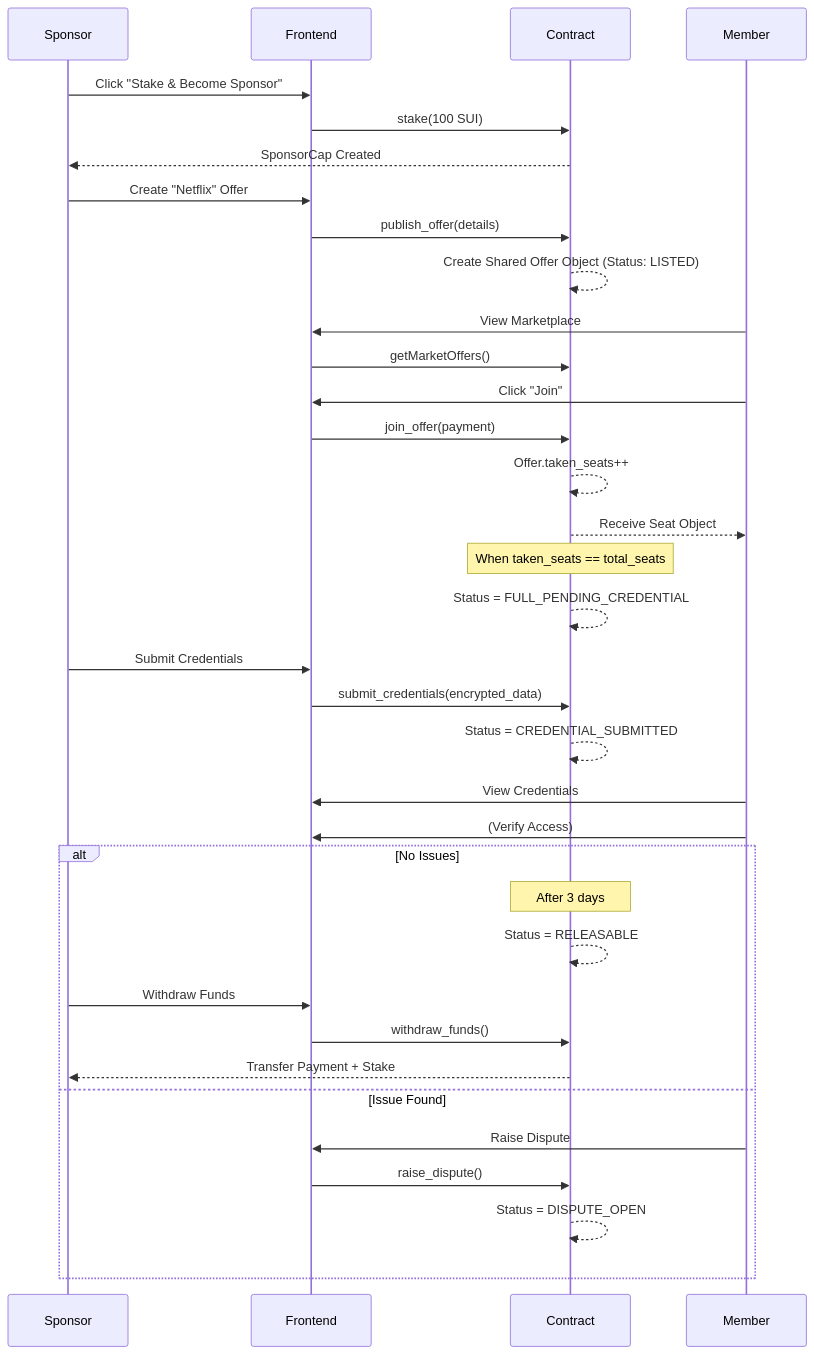
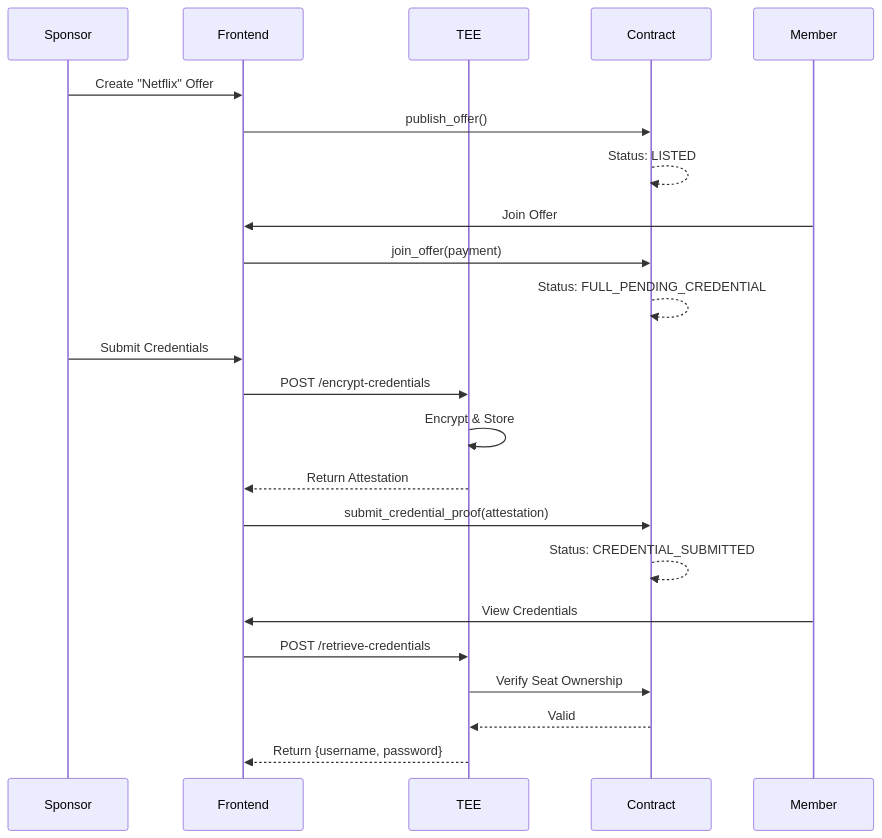
One commit to Easycoder-lin/CHU changed the first of 2 diagrams in apps/frontend/API_REQUIREMENTS.md. Above: the diagram before and after it, drawn with Mermaid. The commit also changed other lines of this file, not shown here.

````diff
--- a/apps/frontend/API_REQUIREMENTS.md
+++ b/apps/frontend/API_REQUIREMENTS.md
@@ -118,47 +170,33 @@
 ```mermaid
 sequenceDiagram
     participant Sponsor
     participant Frontend
+    participant TEE
     participant Contract
     participant Member
 
     %% Sponsor Flow
-    Sponsor->>Frontend: Click "Stake & Become Sponsor"
-    Frontend->>Contract: stake(100 SUI)
-    Contract-->>Sponsor: SponsorCap Created
-    
     Sponsor->>Frontend: Create "Netflix" Offer
-    Frontend->>Contract: publish_offer(details)
-    Contract-->>Contract: Create Shared Offer Object (Status: LISTED)
+    Frontend->>Contract: publish_offer()
+    Contract-->>Contract: Status: LISTED
 
     %% Member Flow
-    Member->>Frontend: View Marketplace
-    Frontend->>Contract: getMarketOffers()
-    Member->>Frontend: Click "Join"
+    Member->>Frontend: Join Offer
     Frontend->>Contract: join_offer(payment)
-    Contract-->>Contract: Offer.taken_seats++
-    Contract-->>Member: Receive Seat Object
+    Contract-->>Contract: Status: FULL_PENDING_CREDENTIAL
 
-    %% Fulfillment
-    Note over Contract: When taken_seats == total_seats
-    Contract-->>Contract: Status = FULL_PENDING_CREDENTIAL
-    
+    %% Credential Flow (TEE)
     Sponsor->>Frontend: Submit Credentials
-    Frontend->>Contract: submit_credentials(encrypted_data)
-    Contract-->>Contract: Status = CREDENTIAL_SUBMITTED
-    
+    Frontend->>TEE: POST /encrypt-credentials
+    TEE->>TEE: Encrypt & Store
+    TEE-->>Frontend: Return Attestation
+    Frontend->>Contract: submit_credential_proof(attestation)
+    Contract-->>Contract: Status: CREDENTIAL_SUBMITTED
+
+    %% Member Retrieval
     Member->>Frontend: View Credentials
-    Member->>Frontend: (Verify Access)
-    
-    alt No Issues
-        Note over Contract: After 3 days
-        Contract-->>Contract: Status = RELEASABLE
-        Sponsor->>Frontend: Withdraw Funds
-        Frontend->>Contract: withdraw_funds()
-        Contract-->>Sponsor: Transfer Payment + Stake
-    else Issue Found
-        Member->>Frontend: Raise Dispute
-        Frontend->>Contract: raise_dispute()
-        Contract-->>Contract: Status = DISPUTE_OPEN
-    end
+    Frontend->>TEE: POST /retrieve-credentials
+    TEE->>Contract: Verify Seat Ownership
+    Contract-->>TEE: Valid
+    TEE-->>Frontend: Return {username, password}
 ```
````
